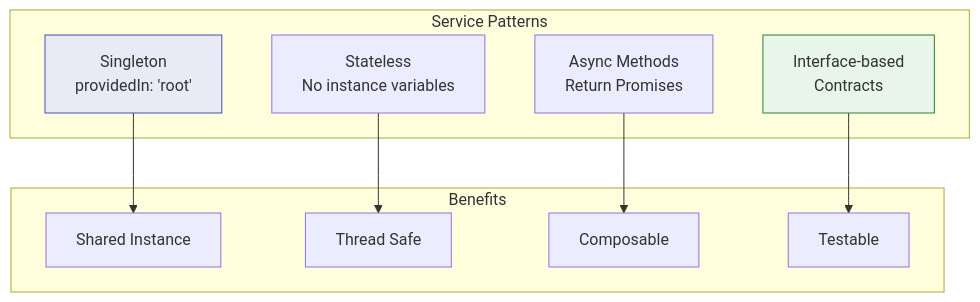
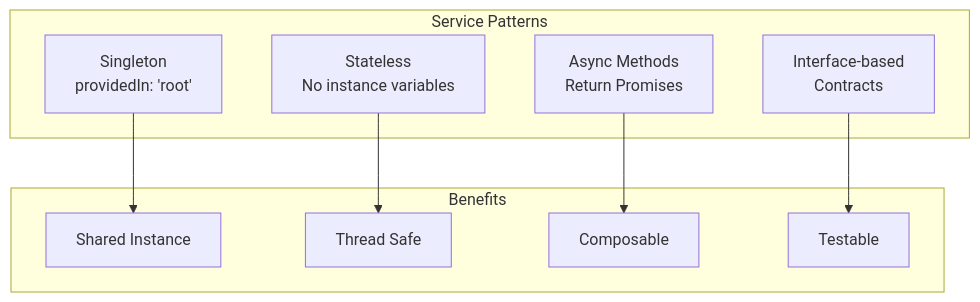
Before and after one commit to o2alexanderfedin/angular-cas-disot: the ninth of 9 diagrams in docs/services/README.md, drawn with Mermaid. The commit also changed other lines of this file and 18 other files, not shown here.

````diff
--- a/docs/services/README.md
+++ b/docs/services/README.md
@@ -318,24 +315,24 @@
 ```mermaid
 graph TD
     subgraph "Service Patterns"
         SINGLETON[Singleton<br/>providedIn: 'root']
         STATELESS[Stateless<br/>No instance variables]
         ASYNC[Async Methods<br/>Return Promises]
         INTERFACE[Interface-based<br/>Contracts]
     end
     
     subgraph "Benefits"
         SHARE[Shared Instance]
         THREAD[Thread Safe]
         COMPOSE[Composable]
         TEST[Testable]
     end
     
     SINGLETON --> SHARE
     STATELESS --> THREAD
     ASYNC --> COMPOSE
     INTERFACE --> TEST
     
-    style SINGLETON fill:#e8eaf6,stroke:#3f51b5
-    style INTERFACE fill:#e8f5e9,stroke:#2e7d32
+    
+    
 ```
````
